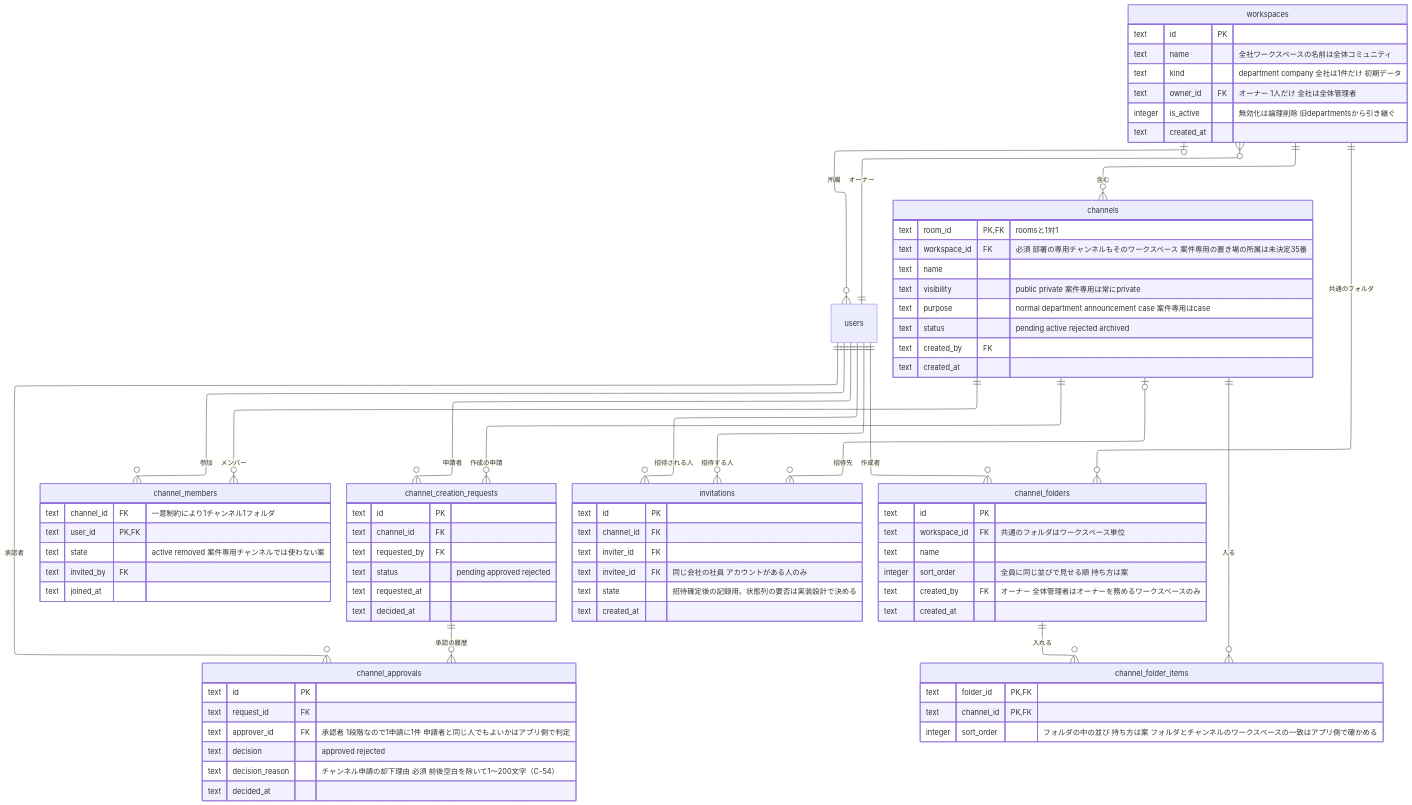
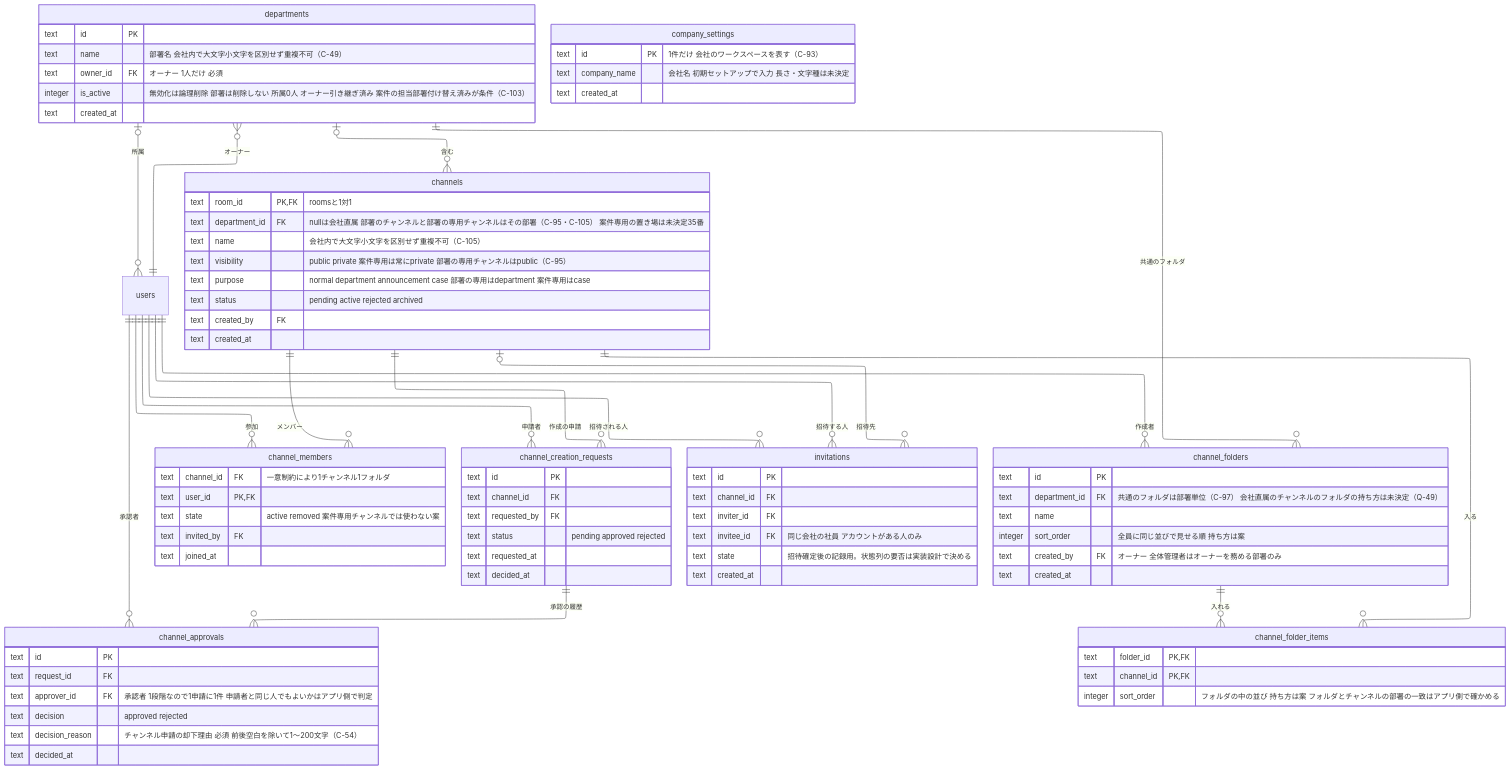
Before and after one commit to yamamotonaoki3/internal-system: the sixth of 8 diagrams in docs/requirements/data-model.md, drawn with Mermaid. The commit also changed other lines of this file and 18 other files, not shown here.

````diff
--- a/docs/requirements/data-model.md
+++ b/docs/requirements/data-model.md
@@ -220,9 +225,9 @@
   layout: elk
 ---
 erDiagram
-    users ||--o{ workspaces : "オーナー"
-    workspaces |o--o{ users : "所属"
-    workspaces ||--o{ channels : "含む"
+    users ||--o{ departments : "オーナー"
+    departments |o--o{ users : "所属"
+    departments |o--o{ channels : "含む"
     channels ||--o{ channel_members : "メンバー"
     users ||--o{ channel_members : "参加"
     channels ||--o{ channel_creation_requests : "作成の申請"
@@ -232,25 +237,29 @@
     channels |o--o{ invitations : "招待先"
     users ||--o{ invitations : "招待する人"
     users ||--o{ invitations : "招待される人"
-    workspaces ||--o{ channel_folders : "共通のフォルダ"
+    departments ||--o{ channel_folders : "共通のフォルダ"
     users ||--o{ channel_folders : "作成者"
     channel_folders ||--o{ channel_folder_items : "入れる"
     channels ||--o{ channel_folder_items : "入る"
 
-    workspaces {
+    departments {
         text id PK
-        text name "全社ワークスペースの名前は全体コミュニティ"
-        text kind "department company 全社は1件だけ 初期データ"
-        text owner_id FK "オーナー 1人だけ 全社は全体管理者"
-        integer is_active "無効化は論理削除 旧departmentsから引き継ぐ"
+        text name "部署名 会社内で大文字小文字を区別せず重複不可（C-49）"
+        text owner_id FK "オーナー 1人だけ 必須"
+        integer is_active "無効化は論理削除 部署は削除しない 所属0人 オーナー引き継ぎ済み 案件の担当部署付け替え済みが条件（C-103）"
+        text created_at
+    }
+    company_settings {
+        text id PK "1件だけ 会社のワークスペースを表す（C-93）"
+        text company_name "会社名 初期セットアップで入力 長さ・文字種は未決定"
         text created_at
     }
     channels {
         text room_id PK, FK "roomsと1対1"
-        text workspace_id FK "必須 部署の専用チャンネルもそのワークスペース 案件専用の置き場の所属は未決定35番"
-        text name
-        text visibility "public private 案件専用は常にprivate"
-        text purpose "normal department announcement case 案件専用はcase"
+        text department_id FK "nullは会社直属 部署のチャンネルと部署の専用チャンネルはその部署（C-95・C-105） 案件専用の置き場は未決定35番"
+        text name "会社内で大文字小文字を区別せず重複不可（C-105）"
+        text visibility "public private 案件専用は常にprivate 部署の専用チャンネルはpublic（C-95）"
+        text purpose "normal department announcement case 部署の専用はdepartment 案件専用はcase"
         text status "pending active rejected archived"
         text created_by FK
         text created_at
@@ -288,15 +297,15 @@
     }
     channel_folders {
         text id PK
-        text workspace_id FK "共通のフォルダはワークスペース単位"
+        text department_id FK "共通のフォルダは部署単位（C-97） 会社直属のチャンネルのフォルダの持ち方は未決定（Q-49）"
         text name
         integer sort_order "全員に同じ並びで見せる順 持ち方は案"
-        text created_by FK "オーナー 全体管理者はオーナーを務めるワークスペースのみ"
+        text created_by FK "オーナー 全体管理者はオーナーを務める部署のみ"
         text created_at
     }
     channel_folder_items {
         text folder_id PK, FK
         text channel_id PK, FK
-        integer sort_order "フォルダの中の並び 持ち方は案 フォルダとチャンネルのワークスペースの一致はアプリ側で確かめる"
+        integer sort_order "フォルダの中の並び 持ち方は案 フォルダとチャンネルの部署の一致はアプリ側で確かめる"
     }
 ```
````
